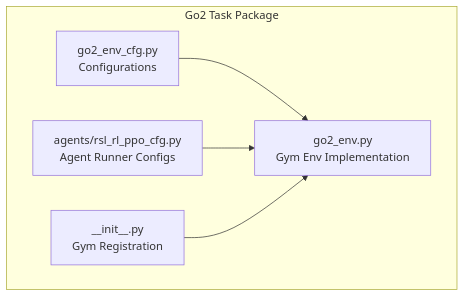
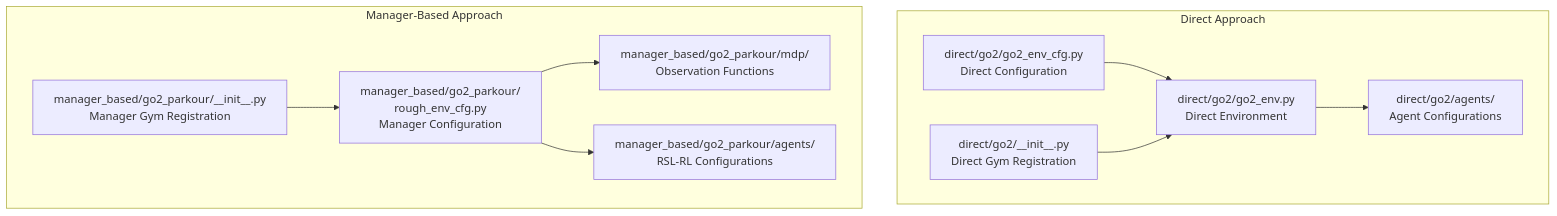
One commit to jayjayhust/extreme-quadruped-parkour changed the first of 7 diagrams in .qoder/repowiki/en/content/Go2 Environment System/Environment Configuration and Setup.md. Above: the diagram before and after it, drawn with Mermaid. The commit also changed other lines of this file and 444 other files, not shown here.

````diff
--- a/.qoder/repowiki/en/content/Go2 Environment System/Environment Configuration and Setup.md
+++ b/.qoder/repowiki/en/content/Go2 Environment System/Environment Configuration and Setup.md
@@ -39,12 +55,21 @@
 ```mermaid
 graph TB
-subgraph "Go2 Task Package"
-CFG["go2_env_cfg.py<br/>Configurations"]
-ENV["go2_env.py<br/>Gym Env Implementation"]
-AGENTS["agents/rsl_rl_ppo_cfg.py<br/>Agent Runner Configs"]
-REG["__init__.py<br/>Gym Registration"]
+subgraph "Direct Approach"
+DIRECT_CFG["direct/go2/go2_env_cfg.py<br/>Direct Configuration"]
+DIRECT_ENV["direct/go2/go2_env.py<br/>Direct Environment"]
+DIRECT_AGENTS["direct/go2/agents/<br/>Agent Configurations"]
+DIRECT_REG["direct/go2/__init__.py<br/>Direct Gym Registration"]
 end
-CFG --> ENV
-AGENTS --> ENV
-REG --> ENV
+subgraph "Manager-Based Approach"
+MAN_CFG["manager_based/go2_parkour/<br/>rough_env_cfg.py<br/>Manager Configuration"]
+MAN_MDP["manager_based/go2_parkour/mdp/<br/>Observation Functions"]
+MAN_AGENTS["manager_based/go2_parkour/agents/<br/>RSL-RL Configurations"]
+MAN_REG["manager_based/go2_parkour/__init__.py<br/>Manager Gym Registration"]
+end
+DIRECT_CFG --> DIRECT_ENV
+DIRECT_ENV --> DIRECT_AGENTS
+DIRECT_REG --> DIRECT_ENV
+MAN_CFG --> MAN_MDP
+MAN_CFG --> MAN_AGENTS
+MAN_REG --> MAN_CFG
 ```
````
